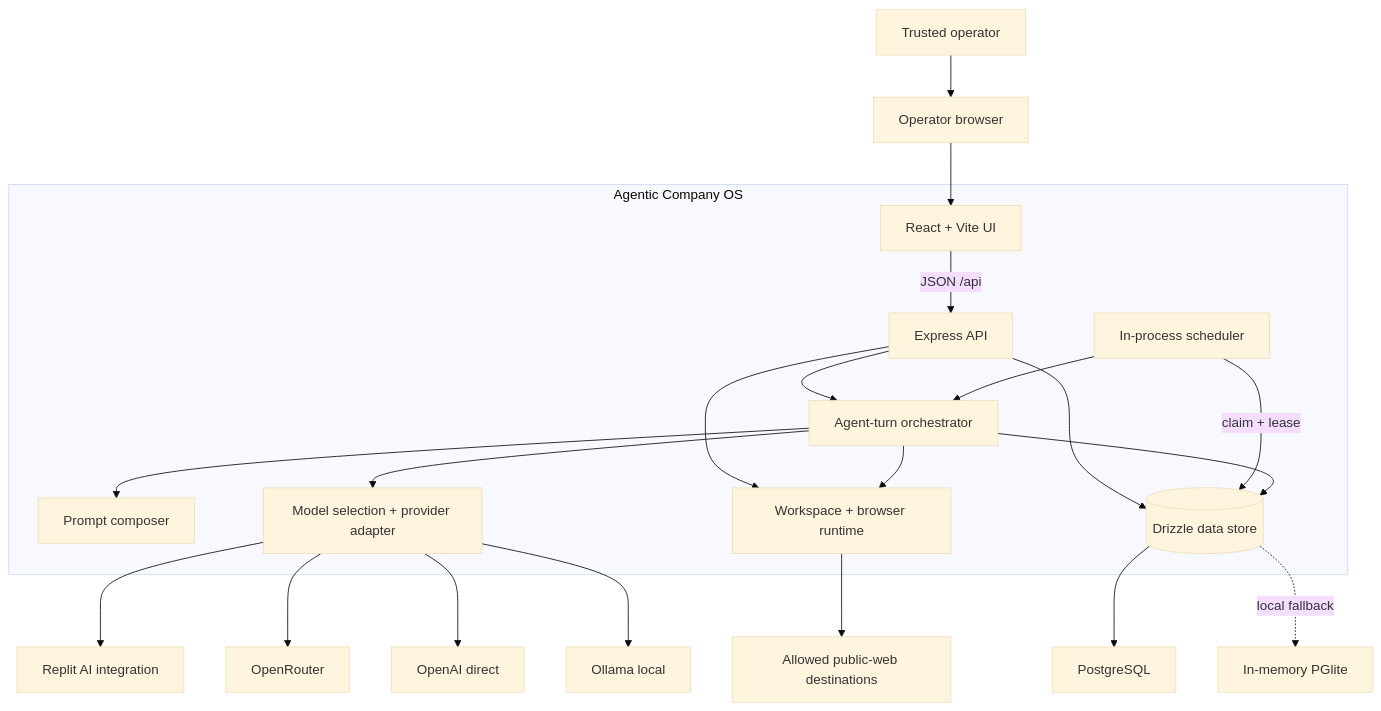
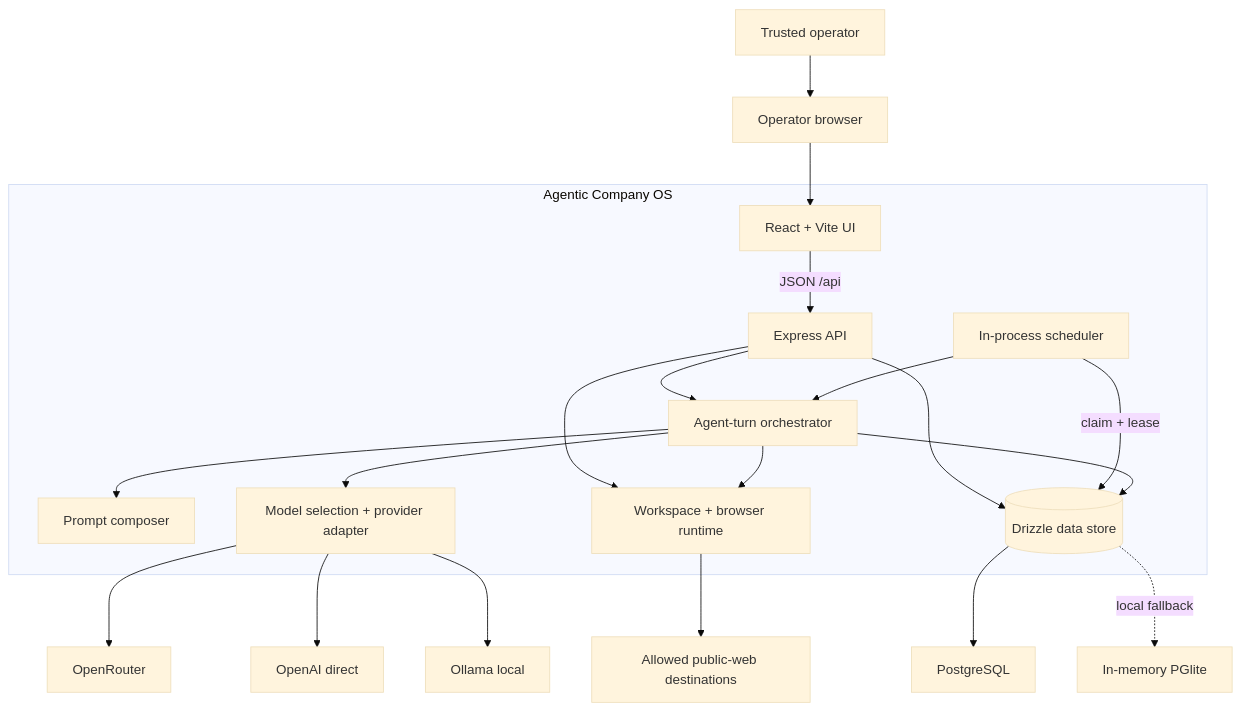
Before and after one commit to halittayyar0/Agentic-Company-OS: the first of 3 diagrams in docs/architecture.md, drawn with Mermaid (base theme). The commit also changed other lines of this file and 85 other files, not shown here.

Commit message:
Remove Replit hosting and model integration

````diff
--- a/docs/architecture.md
+++ b/docs/architecture.md
@@ -18,35 +18,34 @@
 ```mermaid
 flowchart TB
   Operator["Trusted operator"]
   Browser["Operator browser"]
 
   subgraph App["Agentic Company OS"]
     UI["React + Vite UI"]
     API["Express API"]
     Scheduler["In-process scheduler"]
     Orchestrator["Agent-turn orchestrator"]
     Prompt["Prompt composer"]
     Models["Model selection + provider adapter"]
     Runtime["Workspace + browser runtime"]
     Store[("Drizzle data store")]
   end
 
   Operator --> Browser --> UI
   UI -->|"JSON /api"| API
   API --> Orchestrator
   API --> Runtime
   API --> Store
   Scheduler -->|"claim + lease"| Store
   Scheduler --> Orchestrator
   Orchestrator --> Prompt
   Orchestrator --> Models
   Orchestrator --> Runtime
   Orchestrator --> Store
-  Models --> Replit["Replit AI integration"]
   Models --> OpenRouter["OpenRouter"]
   Models --> OpenAI["OpenAI direct"]
   Models --> Ollama["Ollama local"]
   Runtime --> Web["Allowed public-web destinations"]
   Store --> PostgreSQL["PostgreSQL"]
   Store -. "local fallback" .-> PGlite["In-memory PGlite"]
 ```
````
